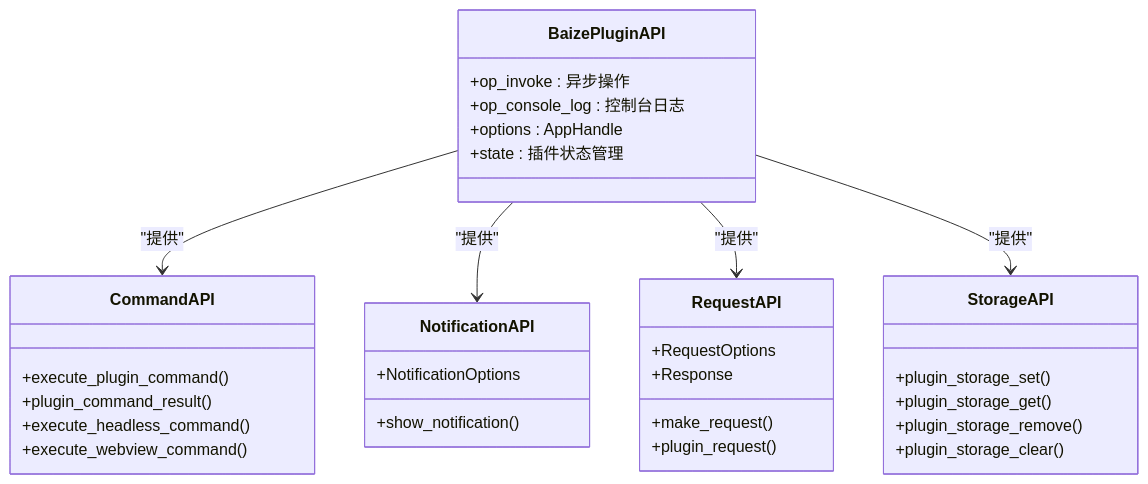
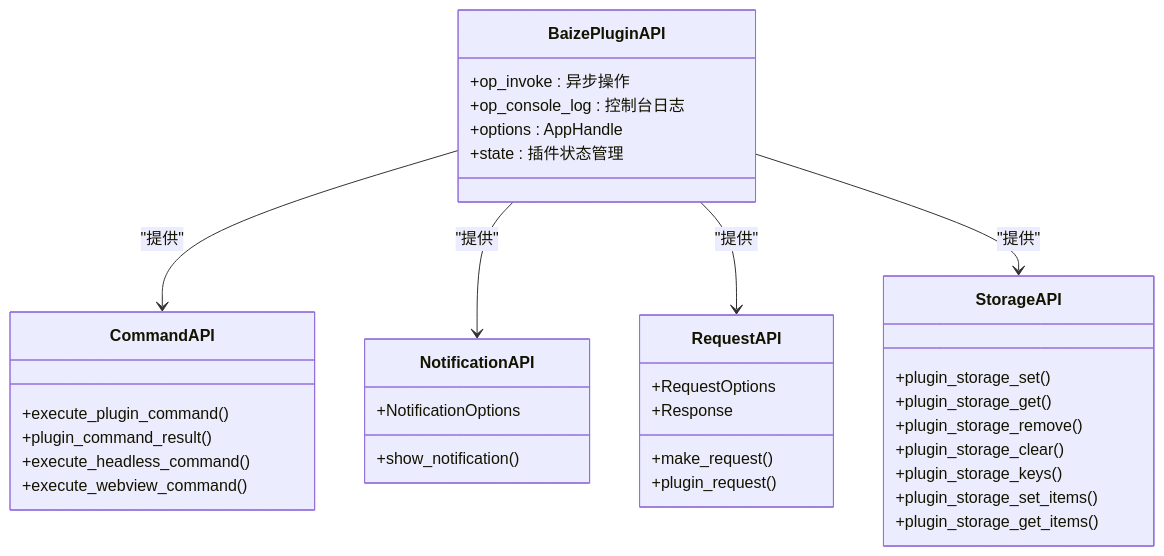
One commit to Onin-app/Onin changed the fourth of 6 diagrams in .qoder/repowiki/zh/content/核心功能详解/插件系统架构/JS运行时与沙箱机制.md. Above: the diagram before and after it, drawn with Mermaid. The commit also changed other lines of this file and 14 other files, not shown here.

````diff
--- a/.qoder/repowiki/zh/content/核心功能详解/插件系统架构/JS运行时与沙箱机制.md
+++ b/.qoder/repowiki/zh/content/核心功能详解/插件系统架构/JS运行时与沙箱机制.md
@@ -231,35 +247,38 @@
 ```mermaid
 classDiagram
 class BaizePluginAPI {
 +op_invoke : 异步操作
 +op_console_log : 控制台日志
 +options : AppHandle
 +state : 插件状态管理
 }
 class CommandAPI {
 +execute_plugin_command()
 +plugin_command_result()
 +execute_headless_command()
 +execute_webview_command()
 }
 class NotificationAPI {
 +show_notification()
 +NotificationOptions
 }
 class RequestAPI {
 +make_request()
 +plugin_request()
 +RequestOptions
 +Response
 }
 class StorageAPI {
 +plugin_storage_set()
 +plugin_storage_get()
 +plugin_storage_remove()
 +plugin_storage_clear()
++plugin_storage_keys()
++plugin_storage_set_items()
++plugin_storage_get_items()
 }
 BaizePluginAPI --> CommandAPI : "提供"
 BaizePluginAPI --> NotificationAPI : "提供"
 BaizePluginAPI --> RequestAPI : "提供"
 BaizePluginAPI --> StorageAPI : "提供"
 ```
````
